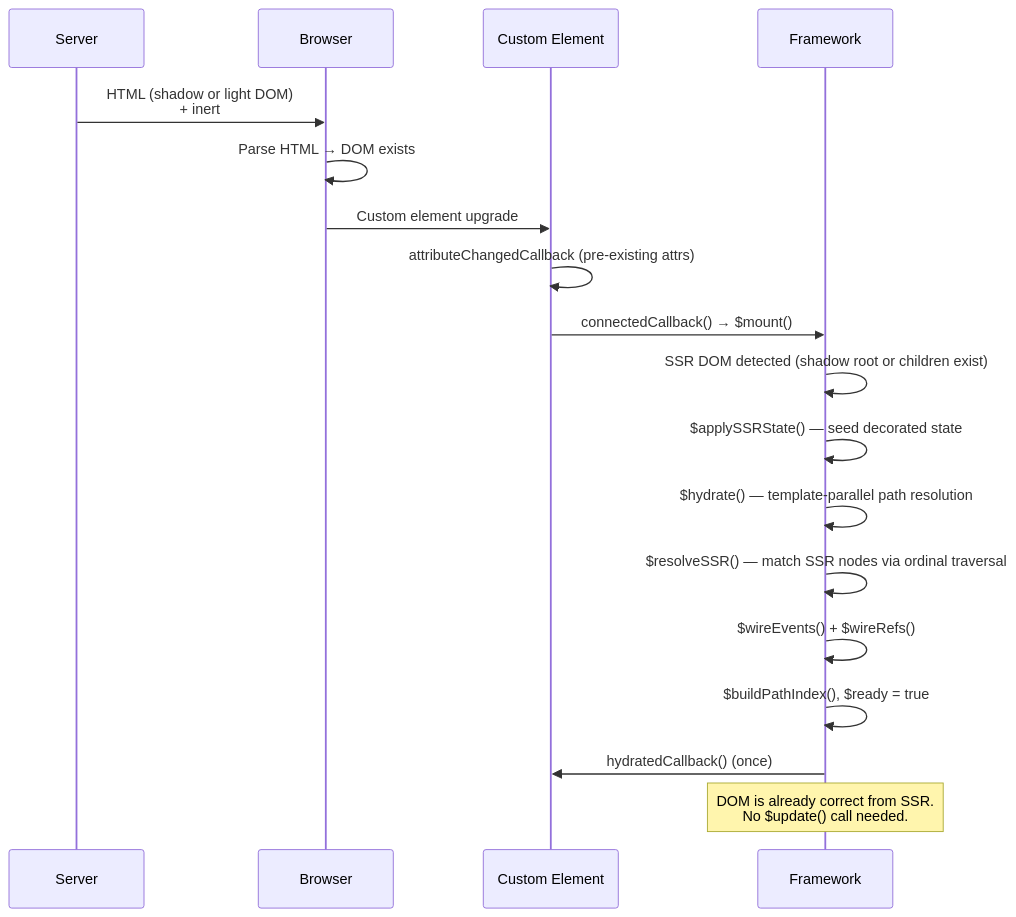
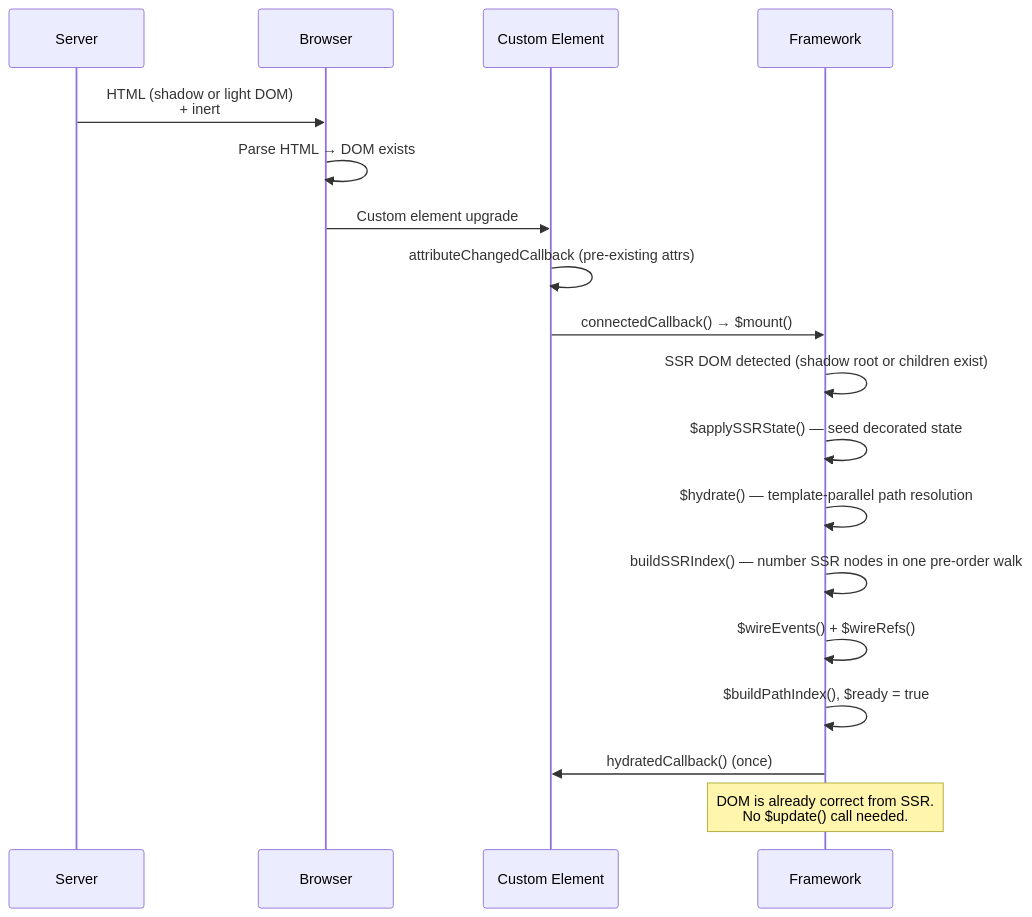
Before and after one commit to microsoft/webui: the third of 6 diagrams in packages/webui-framework/README.md, drawn with Mermaid. The commit also changed other lines of this file and 9 other files, not shown here.

````diff
--- a/packages/webui-framework/README.md
+++ b/packages/webui-framework/README.md
@@ -544,21 +544,21 @@
 ```mermaid
 sequenceDiagram
     participant Server
     participant Browser
     participant CE as Custom Element
     participant FW as Framework
 
     Server->>Browser: HTML (shadow or light DOM)<br/>+ inert #webui-data JSON
     Browser->>Browser: Parse HTML → DOM exists
     Browser->>CE: Custom element upgrade
     CE->>CE: attributeChangedCallback (pre-existing attrs)
     CE->>FW: connectedCallback() → $mount()
     FW->>FW: SSR DOM detected (shadow root or children exist)
     FW->>FW: $applySSRState() — seed decorated state
     FW->>FW: $hydrate() — template-parallel path resolution
-    FW->>FW: $resolveSSR() — match SSR nodes via ordinal traversal
+    FW->>FW: buildSSRIndex() — number SSR nodes in one pre-order walk
     FW->>FW: $wireEvents() + $wireRefs()
     FW->>FW: $buildPathIndex(), $ready = true
     FW->>CE: hydratedCallback() (once)
     Note over FW: DOM is already correct from SSR.<br/>No $update() call needed.
 ```
````
